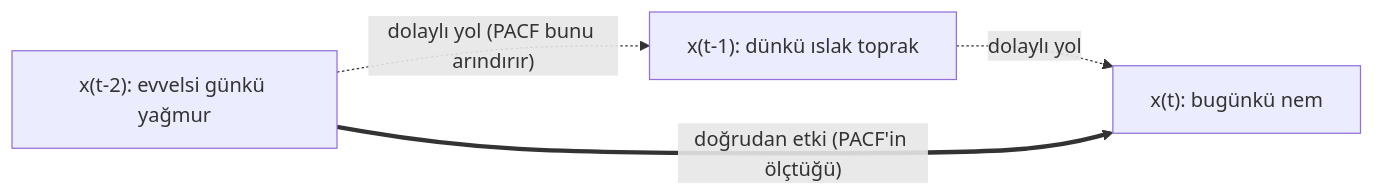
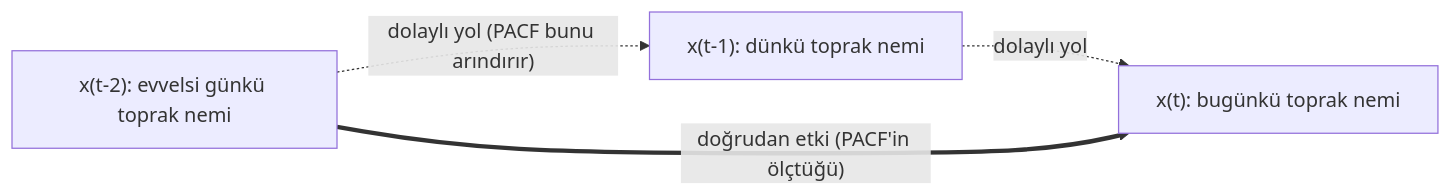
Before and after one commit to erkanozhan/AI_Based_Time_Series-Data_Analytics: the diagram in notlar/06_veri_manipulasyonu_gorsellestirme_ve_acf_pacf.md, drawn with Mermaid. The commit also changed other lines of this file and 21 other files, not shown here.

````diff
--- a/notlar/06_veri_manipulasyonu_gorsellestirme_ve_acf_pacf.md
+++ b/notlar/06_veri_manipulasyonu_gorsellestirme_ve_acf_pacf.md
@@ -910,6 +908,6 @@
 ```mermaid
 graph LR
-    X2["x(t-2): evvelsi günkü yağmur"] -.->|"dolaylı yol (PACF bunu arındırır)"| X1["x(t-1): dünkü ıslak toprak"]
-    X1 -.->|"dolaylı yol"| X0["x(t): bugünkü nem"]
+    X2["x(t-2): evvelsi günkü toprak nemi"] -.->|"dolaylı yol (PACF bunu arındırır)"| X1["x(t-1): dünkü toprak nemi"]
+    X1 -.->|"dolaylı yol"| X0["x(t): bugünkü toprak nemi"]
     X2 ==>|"doğrudan etki (PACF'in ölçtüğü)"| X0
 ```
````
